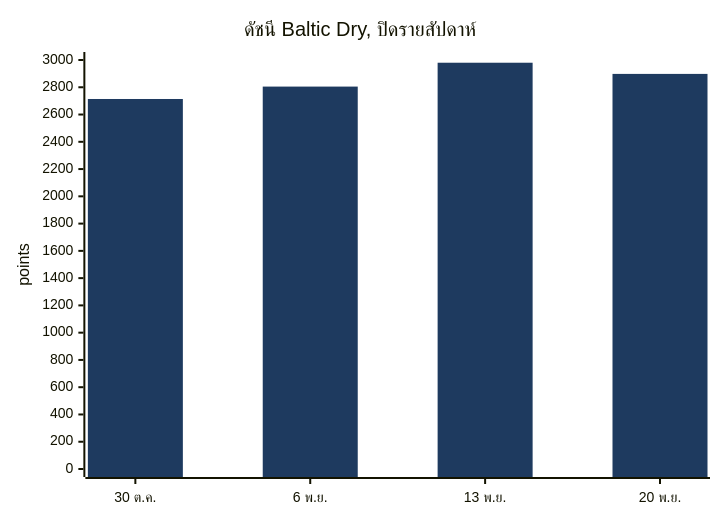
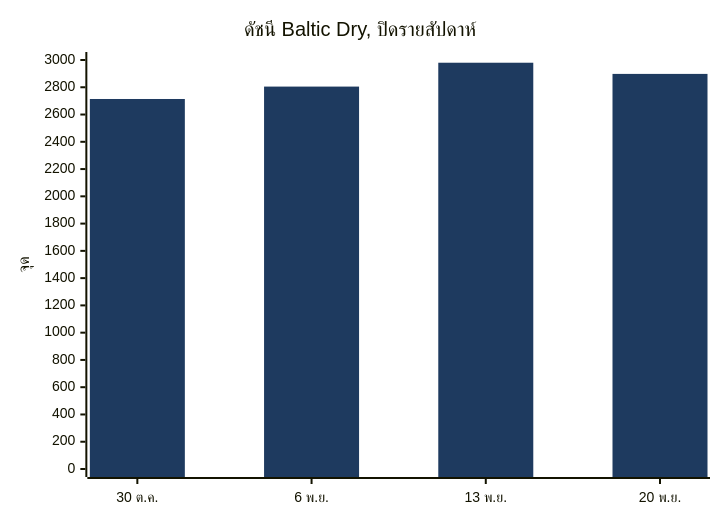
Before and after one commit to dureach/research: diagram 11 of 15 in Global-Trade-Intelligence-weekly-2026-11-23/index.th.md, drawn with Mermaid. The commit also changed other lines of this file and 5 other files, not shown here.

````diff
--- a/Global-Trade-Intelligence-weekly-2026-11-23/index.th.md
+++ b/Global-Trade-Intelligence-weekly-2026-11-23/index.th.md
@@ -535,8 +535,8 @@
 ```mermaid
 %%{init: {'theme': 'base', 'themeVariables': {'xyChart': {'plotColorPalette': '#1e3a5f'}}}}%%
 xychart-beta
     title "ดัชนี Baltic Dry, ปิดรายสัปดาห์"
     x-axis ["30 ต.ค.", "6 พ.ย.", "13 พ.ย.", "20 พ.ย."]
-    y-axis "points" 0 --> 3000
+    y-axis "จุด" 0 --> 3000
     bar [2714, 2805, 2980, 2898]
 ```
````
